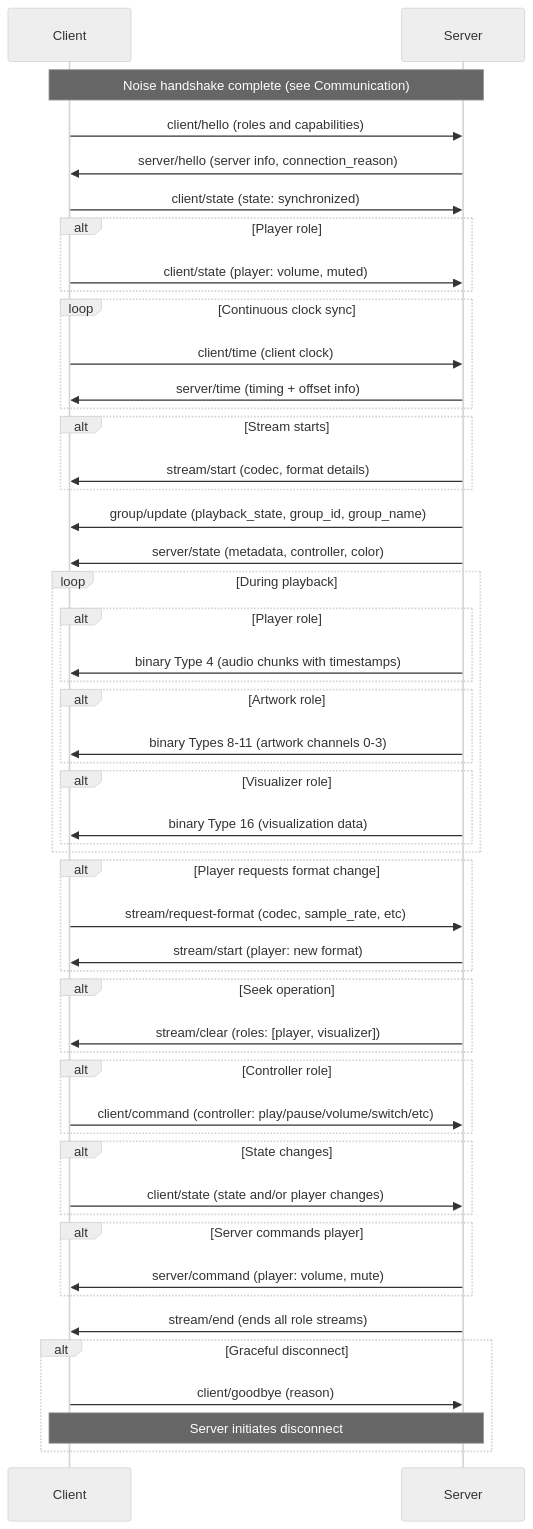
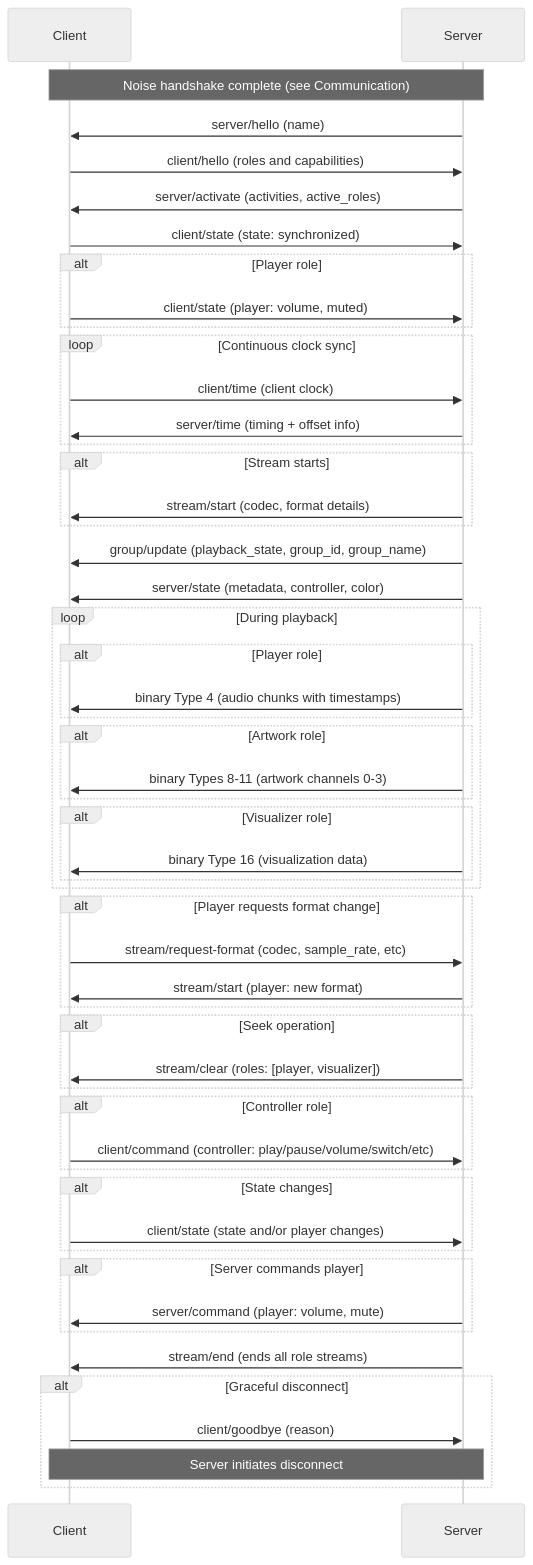
One commit to Resonate-Protocol/spec changed the first of 4 diagrams in README.md. Above: the diagram before and after it, drawn with Mermaid (neutral theme). The commit also changed other lines of this file, not shown here.

````diff
--- a/README.md
+++ b/README.md
@@ -295,67 +305,68 @@
 ```mermaid
 sequenceDiagram
     participant Client
     participant Server
 
     Note over Client,Server: Noise handshake complete (see Communication)
 
+    Server->>Client: server/hello (name)
     Client->>Server: client/hello (roles and capabilities)
-    Server->>Client: server/hello (server info, connection_reason)
+    Server->>Client: server/activate (activities, active_roles)
 
     Client->>Server: client/state (state: synchronized)
     alt Player role
         Client->>Server: client/state (player: volume, muted)
     end
 
     loop Continuous clock sync
         Client->>Server: client/time (client clock)
         Server->>Client: server/time (timing + offset info)
     end
 
     alt Stream starts
         Server->>Client: stream/start (codec, format details)
     end
 
     Server->>Client: group/update (playback_state, group_id, group_name)
     Server->>Client: server/state (metadata, controller, color)
 
     loop During playback
         alt Player role
             Server->>Client: binary Type 4 (audio chunks with timestamps)
         end
         alt Artwork role
             Server->>Client: binary Types 8-11 (artwork channels 0-3)
         end
         alt Visualizer role
             Server->>Client: binary Type 16 (visualization data)
         end
     end
 
     alt Player requests format change
         Client->>Server: stream/request-format (codec, sample_rate, etc)
         Server->>Client: stream/start (player: new format)
     end
 
     alt Seek operation
         Server->>Client: stream/clear (roles: [player, visualizer])
     end
 
     alt Controller role
         Client->>Server: client/command (controller: play/pause/volume/switch/etc)
     end
 
     alt State changes
         Client->>Server: client/state (state and/or player changes)
     end
 
     alt Server commands player
         Server->>Client: server/command (player: volume, mute)
     end
 
     Server->>Client: stream/end (ends all role streams)
 
     alt Graceful disconnect
         Client->>Server: client/goodbye (reason)
         Note over Client,Server: Server initiates disconnect
     end
 ```
````
